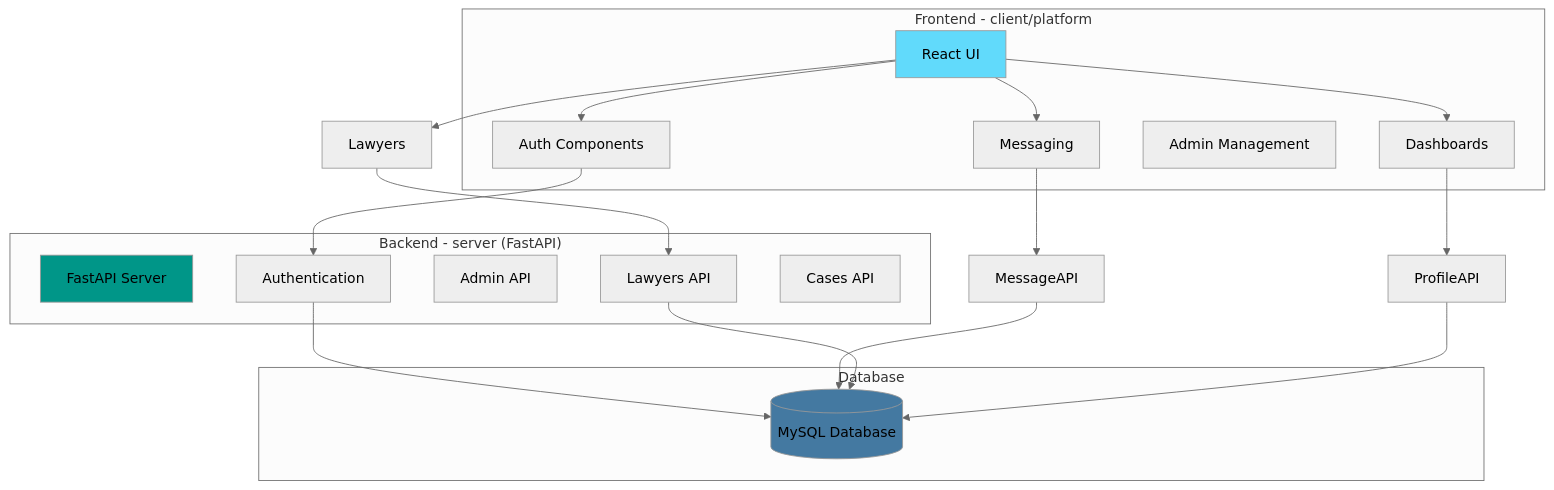
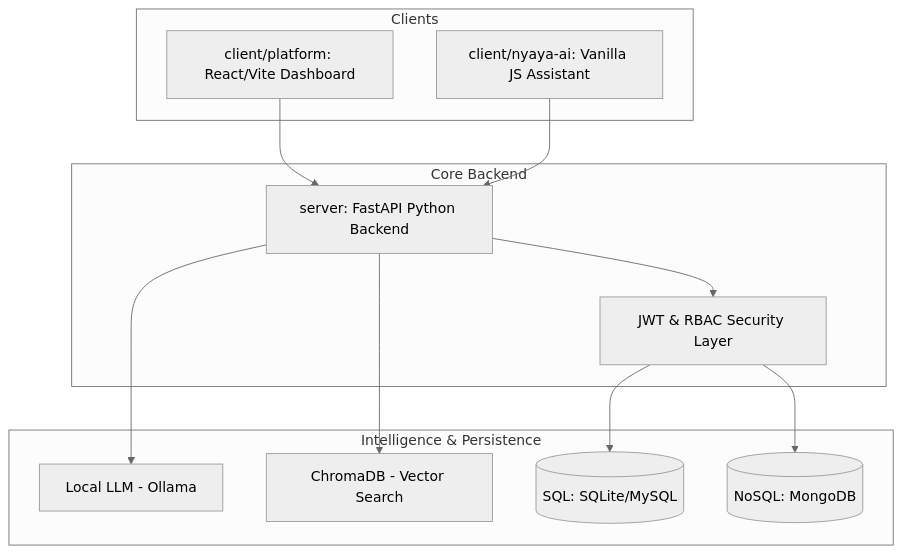
Before and after one commit to quantumNexus0/ai_legal_ecosystem: the diagram in CONTRIBUTING.md, drawn with Mermaid (neutral theme). The commit also changed other lines of this file and 7696 other files, not shown here.

````diff
--- a/CONTRIBUTING.md
+++ b/CONTRIBUTING.md
@@ -123,41 +27,27 @@
 ```mermaid
-graph TB
-    subgraph "Frontend - client/platform"
-        UI[React UI]
-        Auth[Auth Components]
-        Dashboard[Dashboards]
-        Admin[Admin Management]
-        Chat[Messaging]
+graph TD
+    subgraph "Clients"
+        Platform[client/platform: React/Vite Dashboard]
+        NyayaAI[client/nyaya-ai: Vanilla JS Assistant]
     end
     
-    subgraph "Backend - server (FastAPI)"
-        API[FastAPI Server]
-        AuthAPI[Authentication]
-        AdminAPI[Admin API]
-        LawyerAPI[Lawyers API]
-        CaseAPI[Cases API]
+    subgraph "Core Backend"
+        API[server: FastAPI Python Backend]
+        Auth[JWT & RBAC Security Layer]
     end
     
-    subgraph "Database"
-        MySQL[(MySQL Database)]
+    subgraph "Intelligence & Persistence"
+        Ollama[Local LLM - Ollama]
+        VectorDB[ChromaDB - Vector Search]
+        SQL[(SQL: SQLite/MySQL)]
+        NoSQL[(NoSQL: MongoDB)]
     end
     
-    UI --> Auth
-    UI --> Dashboard
-    UI --> Chat
-    UI --> Lawyers
-    
-    Auth --> AuthAPI
-    Chat --> MessageAPI
-    Lawyers --> LawyerAPI
-    Dashboard --> ProfileAPI
-    
-    AuthAPI --> MySQL
-    MessageAPI --> MySQL
-    LawyerAPI --> MySQL
-    ProfileAPI --> MySQL
-    
-    style UI fill:#61DAFB
-    style API fill:#009688
-    style MySQL fill:#4479A1
+    Platform --> API
+    NyayaAI --> API
+    API --> Auth
+    Auth --> SQL
+    Auth --> NoSQL
+    API --> VectorDB
+    API --> Ollama
 ```
````
